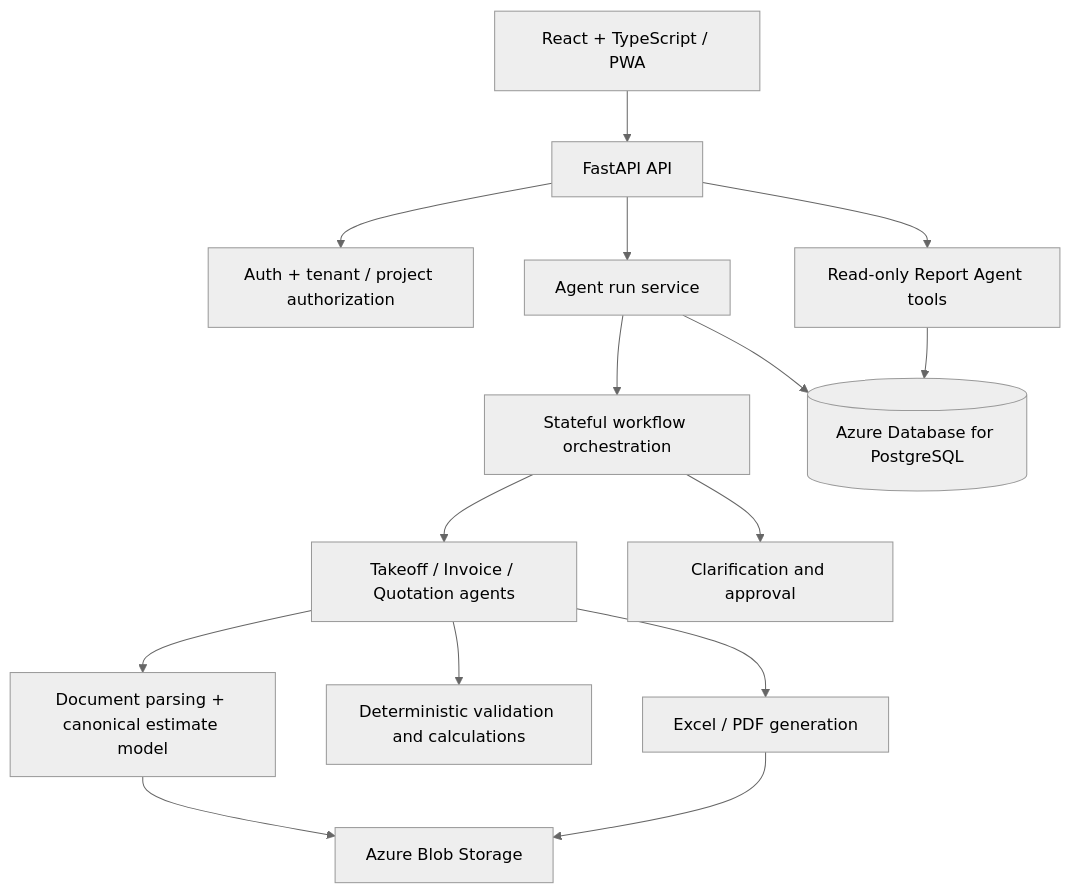
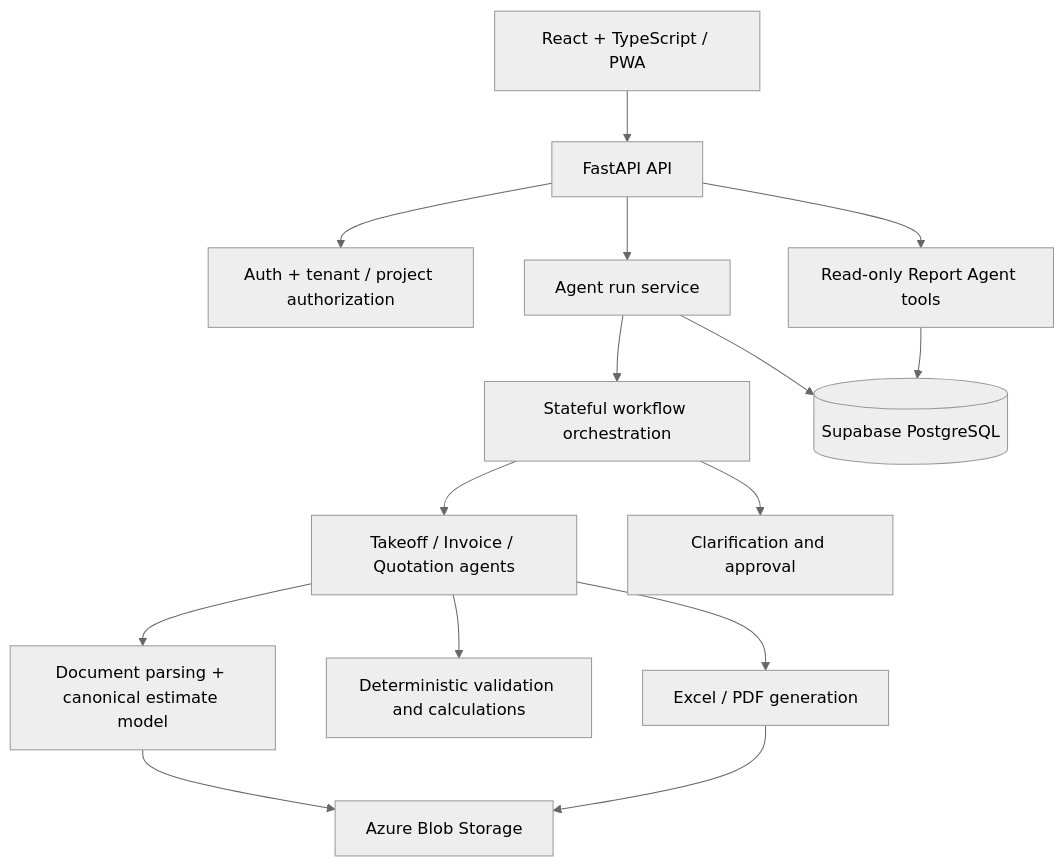
The diagram in README.md (qingyanyang/General-AI-Agent-Platform), drawn with Mermaid (neutral theme) before and after one commit. The commit also changed other lines of this file and 22 other files, not shown here.

````diff
--- a/README.md
+++ b/README.md
@@ -38,17 +38,17 @@
 ```mermaid
 flowchart TD
     UI[React + TypeScript / PWA] --> API[FastAPI API]
     API --> AUTH[Auth + tenant / project authorization]
     API --> RUNS[Agent run service]
     RUNS --> WF[Stateful workflow orchestration]
     WF --> AGENTS[Takeoff / Invoice / Quotation agents]
     WF --> HITL[Clarification and approval]
     AGENTS --> PARSER[Document parsing + canonical estimate model]
     AGENTS --> RULES[Deterministic validation and calculations]
     AGENTS --> OUTPUT[Excel / PDF generation]
     API --> REPORT[Read-only Report Agent tools]
-    REPORT --> DB[(Azure Database for PostgreSQL)]
+    REPORT --> DB[(Supabase PostgreSQL)]
     RUNS --> DB
     PARSER --> BLOB[Azure Blob Storage]
     OUTPUT --> BLOB
 ```
````
